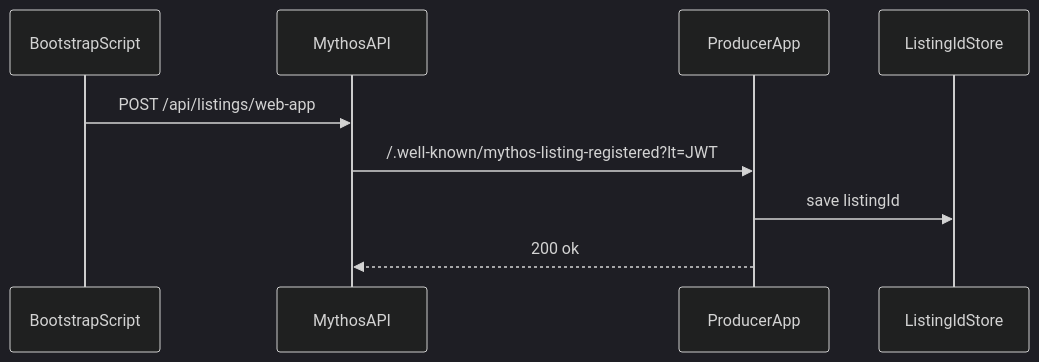
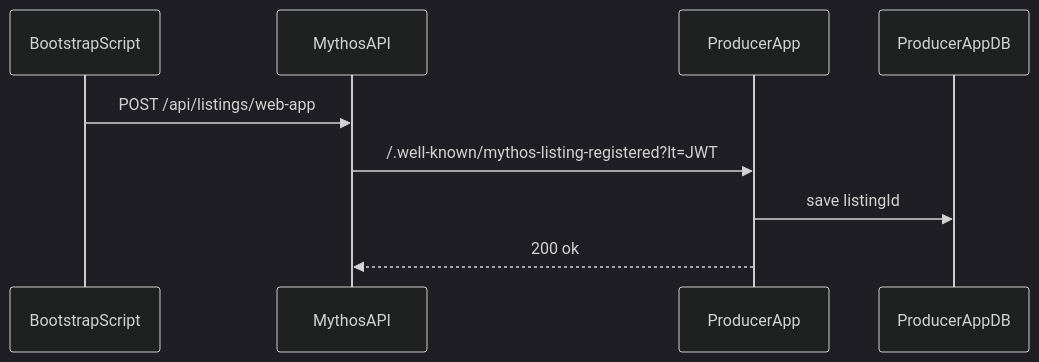
Before and after one commit to Mythoswork/mythos-sdk: the diagram in docs/concepts/dynamic-listing-ids.md, drawn with Mermaid (dark theme). The commit also changed 13 other files, not shown here.

````diff
--- a/docs/concepts/dynamic-listing-ids.md
+++ b/docs/concepts/dynamic-listing-ids.md
@@ -29,12 +29,12 @@
 ```mermaid
 sequenceDiagram
   participant Bootstrap as BootstrapScript
   participant MythosAPI as MythosAPI
   participant ProducerApp as ProducerApp
-  participant Store as ListingIdStore
+  participant DB as ProducerAppDB
 
   Bootstrap->>MythosAPI: POST /api/listings/web-app
   MythosAPI->>ProducerApp: /.well-known/mythos-listing-registered?lt=JWT
-  ProducerApp->>Store: save listingId
+  ProducerApp->>DB: save listingId
   ProducerApp-->>MythosAPI: 200 ok
 ```
````
